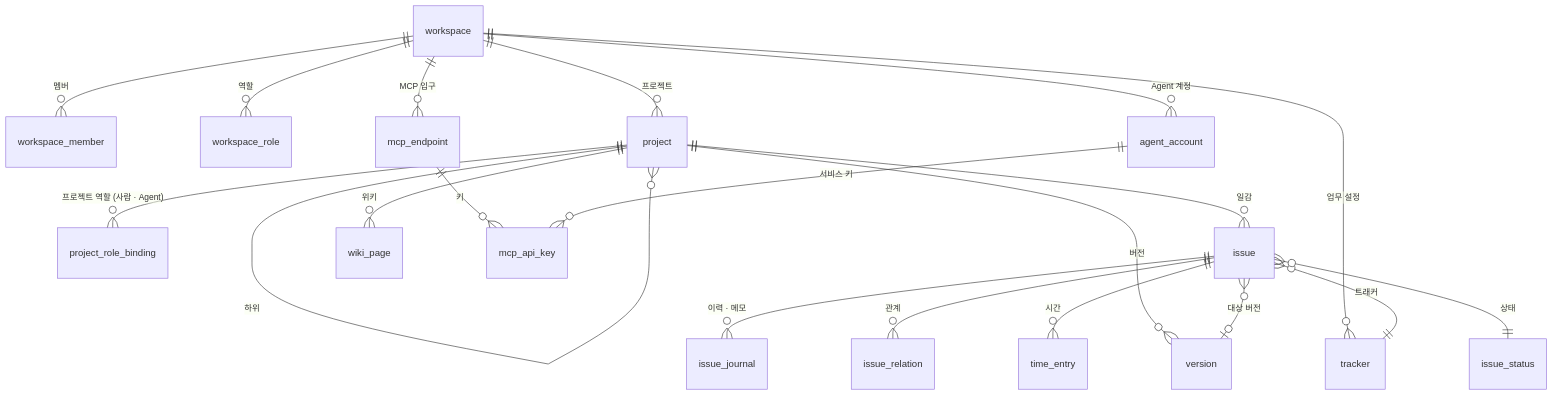
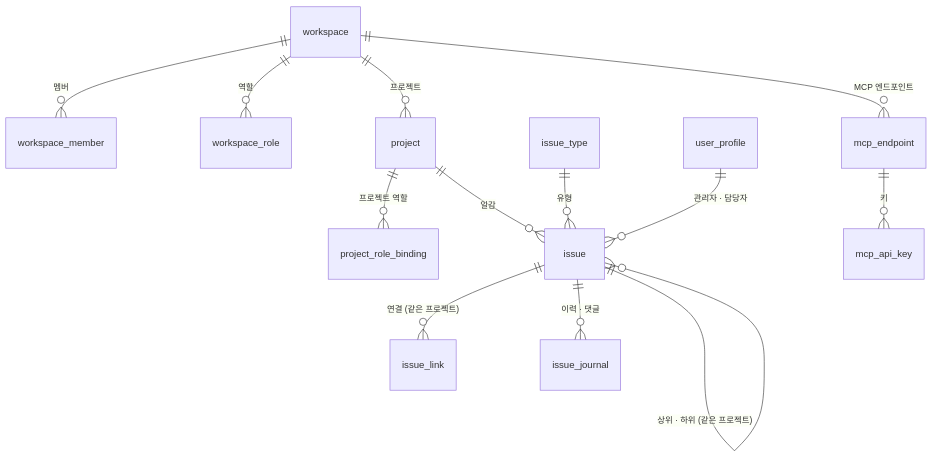
One commit to Gnori/moai-works changed the diagram in docs/design/02-data-model.md. Above: the diagram before and after it, drawn with Mermaid. The commit also changed other lines of this file and 59 other files, not shown here.

First line of the commit message:
docs: moai-wiki 와 같은 구조로 다시 정리 — 위키 → 프로젝트, 페이지 → 일감

````diff
--- a/docs/design/02-data-model.md
+++ b/docs/design/02-data-model.md
@@ -48,22 +58,15 @@
 ```mermaid
 erDiagram
     workspace ||--o{ workspace_member : "멤버"
     workspace ||--o{ workspace_role : "역할"
-    workspace ||--o{ agent_account : "Agent 계정"
     workspace ||--o{ project : "프로젝트"
-    workspace ||--o{ tracker : "업무 설정"
-    workspace ||--o{ mcp_endpoint : "MCP 입구"
-    project ||--o{ project : "하위"
-    project ||--o{ project_role_binding : "프로젝트 역할 (사람 · Agent)"
+    workspace ||--o{ mcp_endpoint : "MCP 엔드포인트"
+    project ||--o{ project_role_binding : "프로젝트 역할"
     project ||--o{ issue : "일감"
-    project ||--o{ version : "버전"
-    project ||--o{ wiki_page : "위키"
-    issue ||--o{ issue_journal : "이력 · 메모"
-    issue ||--o{ issue_relation : "관계"
-    issue ||--o{ time_entry : "시간"
-    issue }o--o| version : "대상 버전"
-    issue }o--|| tracker : "트래커"
-    issue }o--|| issue_status : "상태"
+    issue_type ||--o{ issue : "유형"
+    issue ||--o{ issue : "상위 · 하위 (같은 프로젝트)"
+    issue ||--o{ issue_link : "연결 (같은 프로젝트)"
+    issue ||--o{ issue_journal : "이력 · 댓글"
+    user_profile ||--o{ issue : "관리자 · 담당자"
     mcp_endpoint ||--o{ mcp_api_key : "키"
-    agent_account ||--o{ mcp_api_key : "서비스 키"
 ```
````
